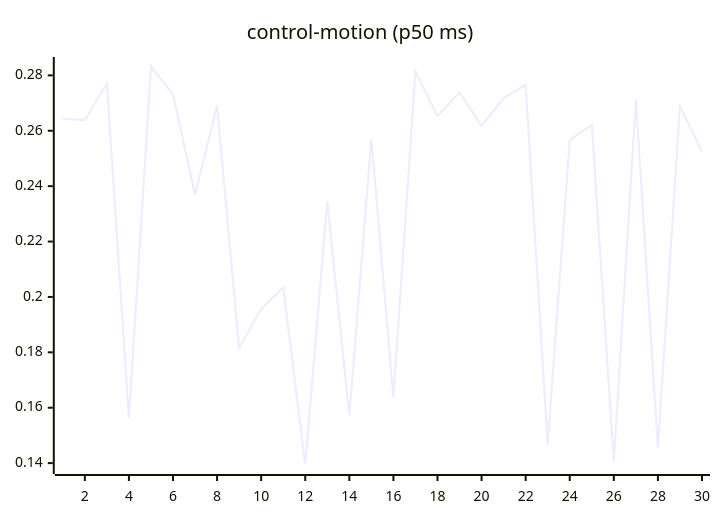
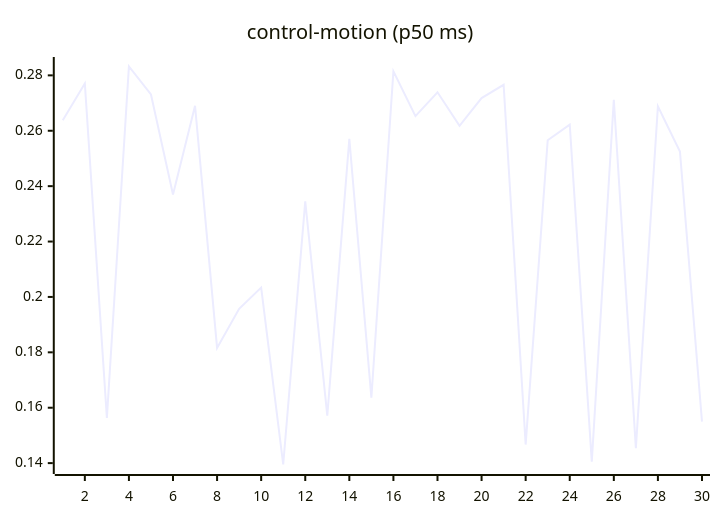
The seventh of 27 diagrams in README.md (josha/Facet), drawn with Mermaid before and after one commit. The commit also changed other lines of this file and 2 other files, not shown here.

````diff
--- a/README.md
+++ b/README.md
@@ -105,6 +105,6 @@
 ```mermaid
 xychart-beta
     title "control-motion (p50 ms)"
     x-axis 1 --> 30
-    line [0.2643, 0.2638, 0.2771, 0.1563, 0.2832, 0.2731, 0.2370, 0.2690, 0.1816, 0.1957, 0.2034, 0.1395, 0.2345, 0.1571, 0.2571, 0.1636, 0.2815, 0.2653, 0.2739, 0.2618, 0.2718, 0.2766, 0.1467, 0.2566, 0.2622, 0.1405, 0.2712, 0.1454, 0.2688, 0.2525]
+    line [0.2638, 0.2771, 0.1563, 0.2832, 0.2731, 0.2370, 0.2690, 0.1816, 0.1957, 0.2034, 0.1395, 0.2345, 0.1571, 0.2571, 0.1636, 0.2815, 0.2653, 0.2739, 0.2618, 0.2718, 0.2766, 0.1467, 0.2566, 0.2622, 0.1405, 0.2712, 0.1454, 0.2688, 0.2525, 0.1550]
 ```
````
